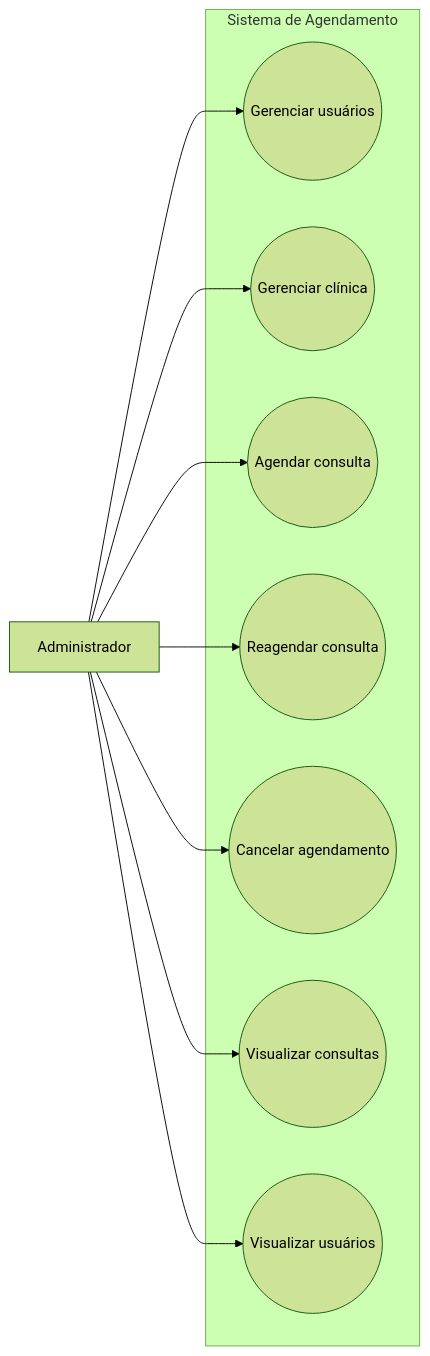
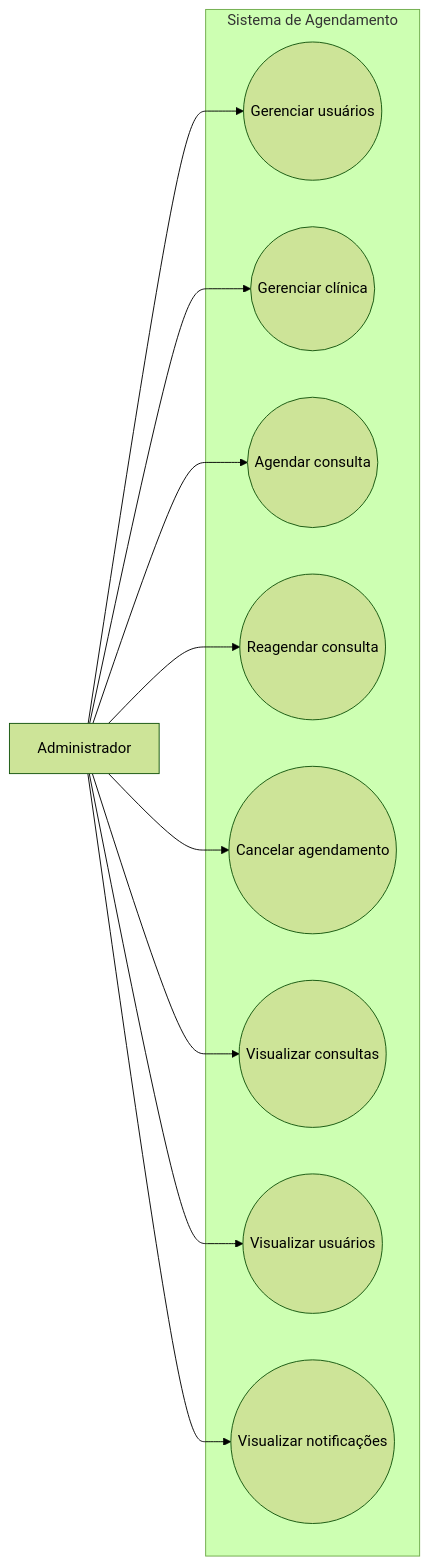
The diagram in docs/casos de uso/administrador.md (InsaneCaio/SICA), drawn with Mermaid (forest theme) before and after one commit. The commit also changed other lines of this file, not shown here.

Commit message:
Add 'Visualizar notificações' to admin use cases

````diff
--- a/docs/casos de uso/administrador.md
+++ b/docs/casos de uso/administrador.md
@@ -15,23 +16,25 @@
 ```mermaid
 flowchart LR
     A[Administrador]
 
     subgraph Sistema de Agendamento
         UC1((Gerenciar usuários))
         UC2((Gerenciar clínica))
         UC3((Agendar consulta))
         UC4((Reagendar consulta))
         UC5((Cancelar agendamento))
         UC6((Visualizar consultas))
         UC7((Visualizar usuários))
+        UC8((Visualizar notificações))
     end
 
     A --> UC1
     A --> UC2
     A --> UC3
     A --> UC4
     A --> UC5
     A --> UC6
     A --> UC7
+    A --> UC8
 
 ```
````
